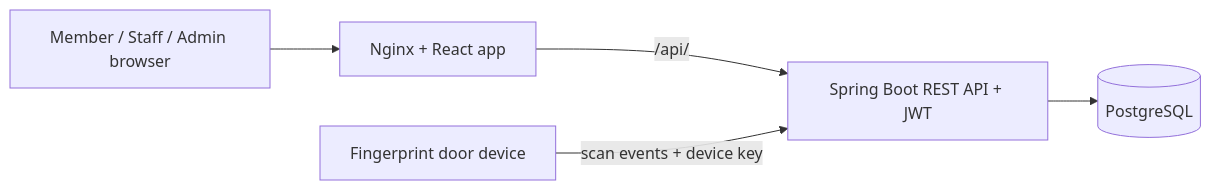
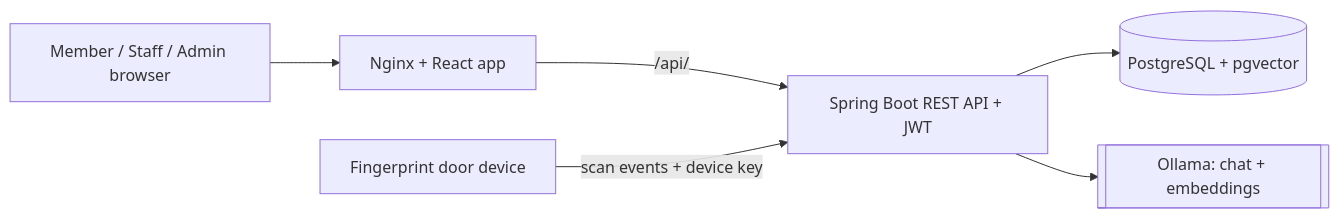
The diagram in README.md (sandeshuk400/fitness-addicted-gym-rag), drawn with Mermaid before and after one commit. The commit also changed other lines of this file, not shown here.

````diff
--- a/README.md
+++ b/README.md
@@ -53,7 +54,8 @@
 ```mermaid
 flowchart LR
-    Staff[Member / Staff / Admin browser] --> NGX[Nginx + React app]
+    Browser[Member / Staff / Admin browser] --> NGX[Nginx + React app]
     NGX -->|/api/| API[Spring Boot REST API + JWT]
     DEV[Fingerprint door device] -->|scan events + device key| API
-    API --> PG[(PostgreSQL)]
+    API --> PG[(PostgreSQL + pgvector)]
+    API --> OL[[Ollama: chat + embeddings]]
 ```
````
